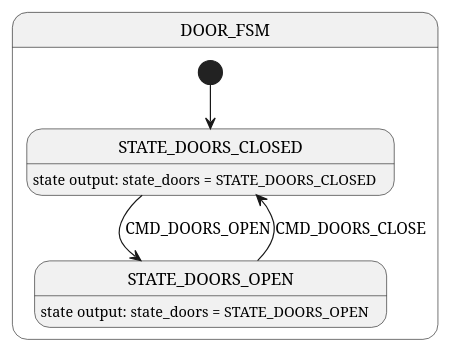
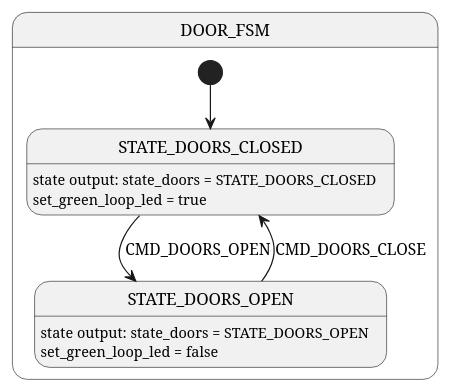
Before and after one commit to paetzholdt/CANRepo: the diagram in docs/models/state_machines/node-door-controller/door_fsm.puml, drawn with PlantUML. The commit also changed 8 other files, not shown here.

```diff
--- a/docs/models/state_machines/node-door-controller/door_fsm.puml
+++ b/docs/models/state_machines/node-door-controller/door_fsm.puml
@@ -1,18 +1,20 @@
 @startuml door_fsm
 state DOOR_FSM {
     [*] --> STATE_DOORS_CLOSED
     state STATE_DOORS_CLOSED
     /'state Doors_Closing_State'/
     state STATE_DOORS_OPEN
     /'state Doors_Opening_State'/
 
     STATE_DOORS_CLOSED: state output: state_doors = STATE_DOORS_CLOSED
+    STATE_DOORS_CLOSED: set_green_loop_led = true
 
     STATE_DOORS_OPEN: state output: state_doors = STATE_DOORS_OPEN
+    STATE_DOORS_OPEN: set_green_loop_led = false
 
     STATE_DOORS_CLOSED --> STATE_DOORS_OPEN : CMD_DOORS_OPEN
     STATE_DOORS_OPEN --> STATE_DOORS_CLOSED : CMD_DOORS_CLOSE
 }
 
 
 @enduml
```
